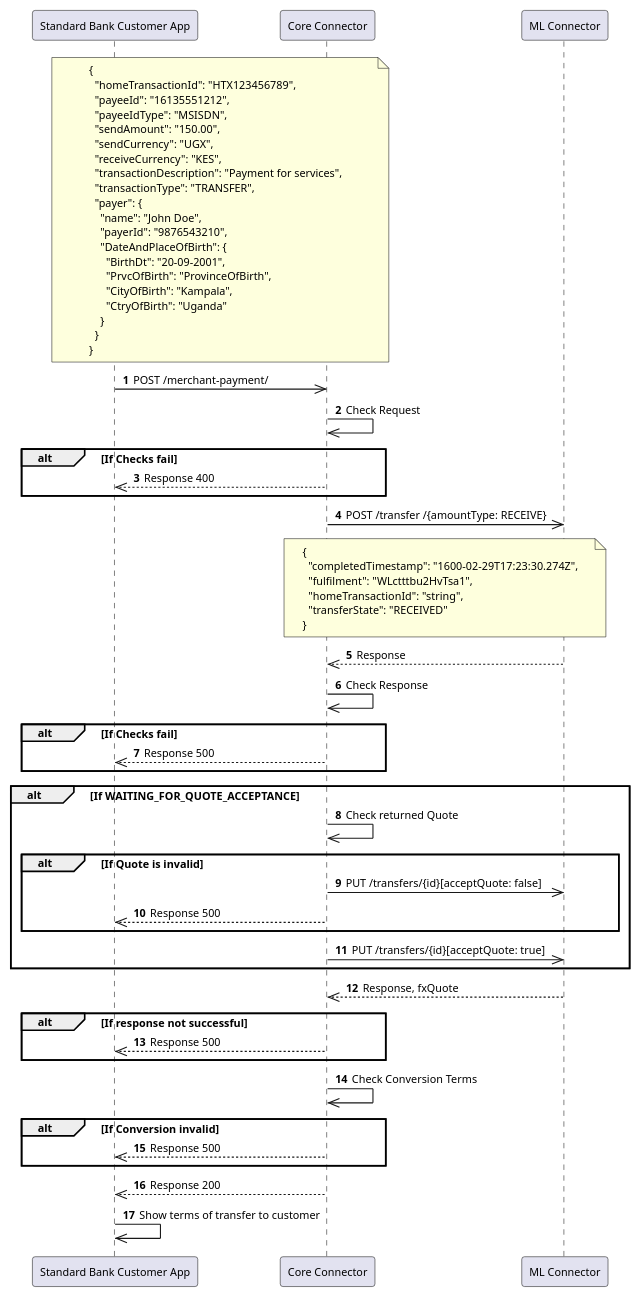
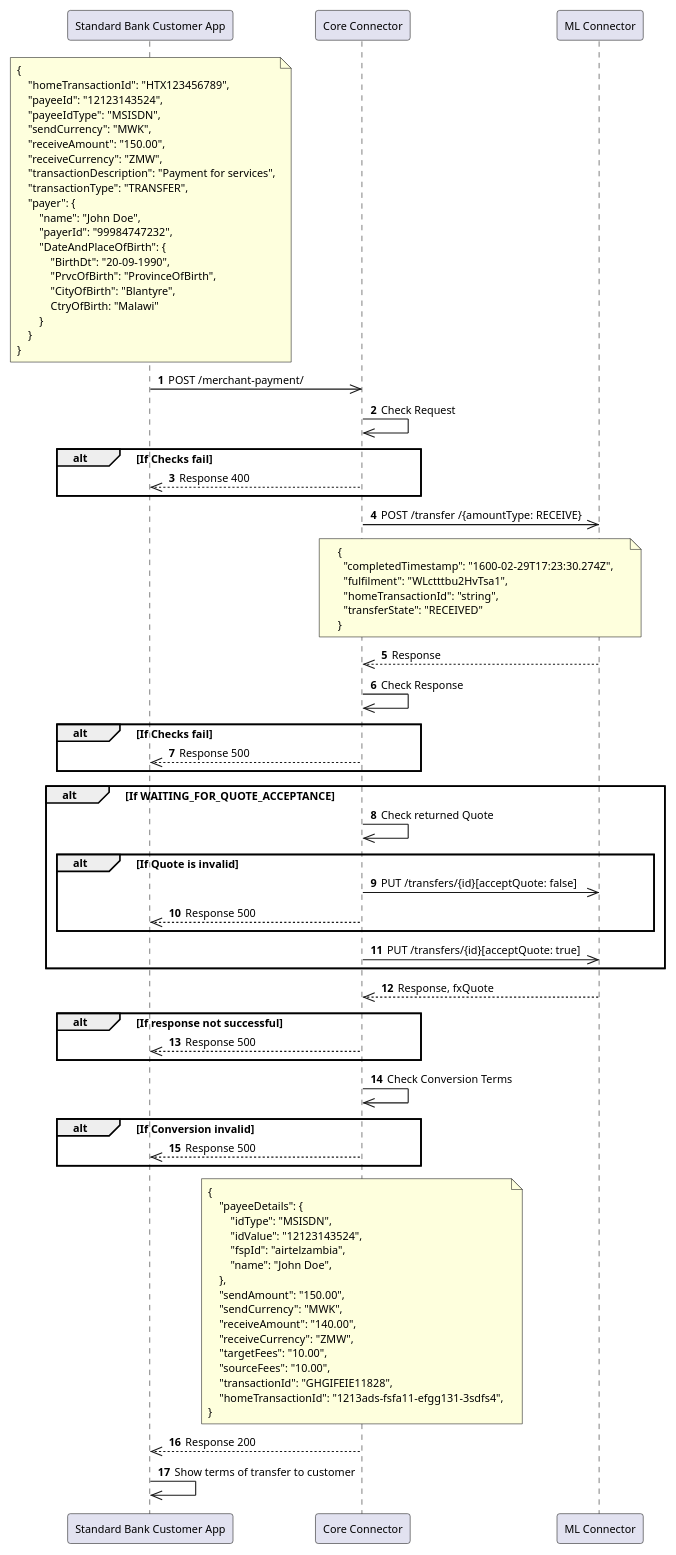
The diagram in standard-bank-mw-core-connector/docs/payer-new/payer-merchant-payment.puml (mojaloop/ml-reference-connectors), drawn with PlantUML before and after one commit. The commit also changed 1 other file, not shown here.

Commit message:
Added payloads to Plant UML diagram.

```diff
--- a/standard-bank-mw-core-connector/docs/payer-new/payer-merchant-payment.puml
+++ b/standard-bank-mw-core-connector/docs/payer-new/payer-merchant-payment.puml
@@ -1,83 +1,102 @@
 @startuml name="payer-initiates-merchant-payment"
 
 skinparam defaultFontSize 10
 autonumber
 
 participant "Standard Bank Customer App" as App
 participant "Core Connector" as CC
 participant "ML Connector" as ML
 
-note over App, CC
+note over App
 {
-  "homeTransactionId": "HTX123456789",
-  "payeeId": "16135551212",
-  "payeeIdType": "MSISDN",
-  "sendAmount": "150.00",
-  "sendCurrency": "UGX",
-  "receiveCurrency": "KES",
-  "transactionDescription": "Payment for services",
-  "transactionType": "TRANSFER",
-  "payer": {
-    "name": "John Doe",
-    "payerId": "9876543210",
-    "DateAndPlaceOfBirth": {
-      "BirthDt": "20-09-2001",
-      "PrvcOfBirth": "ProvinceOfBirth",
-      "CityOfBirth": "Kampala",
-      "CtryOfBirth": "Uganda"
+    "homeTransactionId": "HTX123456789",
+    "payeeId": "12123143524",
+    "payeeIdType": "MSISDN",
+    "sendCurrency": "MWK",
+    "receiveAmount": "150.00",
+    "receiveCurrency": "ZMW",
+    "transactionDescription": "Payment for services",
+    "transactionType": "TRANSFER",
+    "payer": {
+        "name": "John Doe",
+        "payerId": "99984747232",
+        "DateAndPlaceOfBirth": {
+            "BirthDt": "20-09-1990",
+            "PrvcOfBirth": "ProvinceOfBirth",
+            "CityOfBirth": "Blantyre",
+            CtryOfBirth: "Malawi"
+        }
     }
-  }
 }
 end note
 App ->> CC: POST /merchant-payment/
 
 CC ->> CC: Check Request
 
 alt If Checks fail
     CC -->> App: Response 400
 end
 
 CC ->> ML: POST /transfer /{amountType: RECEIVE}
 
 note over ML, CC
 {
   "completedTimestamp": "1600-02-29T17:23:30.274Z",
   "fulfilment": "WLctttbu2HvTsa1",
   "homeTransactionId": "string",
   "transferState": "RECEIVED"
 }
 end note
 ML -->> CC: Response
 
 CC ->> CC: Check Response
 
 alt If Checks fail
     CC -->> App: Response 500
 end
 
 alt If WAITING_FOR_QUOTE_ACCEPTANCE
     CC ->> CC: Check returned Quote
     alt If Quote is invalid
         CC ->> ML: PUT /transfers/{id}[acceptQuote: false]
         CC -->> App: Response 500
     end
     CC ->> ML: PUT /transfers/{id}[acceptQuote: true]
 end
 
 ML -->> CC: Response, fxQuote
 
 alt If response not successful
     CC -->> App: Response 500
 end
 
 CC ->> CC: Check Conversion Terms
 
 alt If Conversion invalid
     CC -->> App: Response 500
 end
 
+
+note over CC
+{
+    "payeeDetails": {
+        "idType": "MSISDN",
+        "idValue": "12123143524",
+        "fspId": "airtelzambia",
+        "name": "John Doe",
+    },
+    "sendAmount": "150.00",
+    "sendCurrency": "MWK",
+    "receiveAmount": "140.00",
+    "receiveCurrency": "ZMW",
+    "targetFees": "10.00",
+    "sourceFees": "10.00",
+    "transactionId": "GHGIFEIE11828",
+    "homeTransactionId": "1213ads-fsfa11-efgg131-3sdfs4", 
+}
+end note
 CC -->> App: Response 200
 
 App ->> App: Show terms of transfer to customer
 
 @enduml
```
